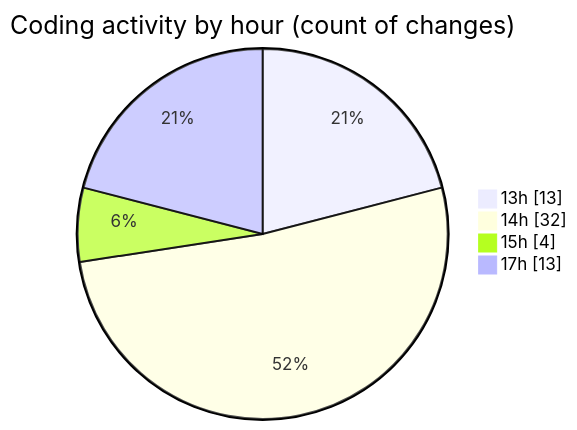
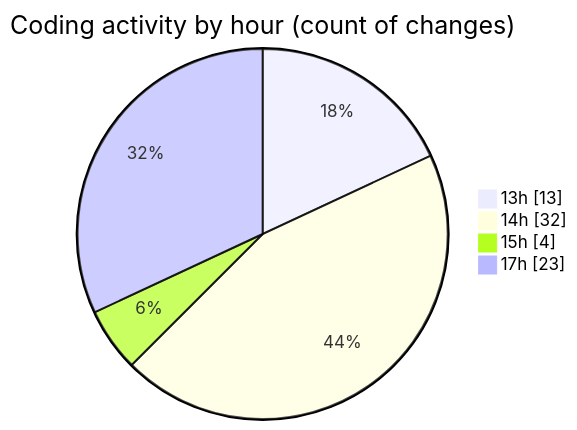
Before and after one commit to nxtqubesakshisongat/code-tracking: the second of 2 diagrams in 2025-06-05/nxtqube_webapp/README.md, drawn with Mermaid. The commit also changed other lines of this file and 1 other file, not shown here.

````diff
--- a/2025-06-05/nxtqube_webapp/README.md
+++ b/2025-06-05/nxtqube_webapp/README.md
@@ -32,8 +33,8 @@
 ```mermaid
 pie showData
 title Coding activity by hour (count of changes)
 "13h" : 13
 "14h" : 32
 "15h" : 4
-"17h" : 13
+"17h" : 23
 ```
````
